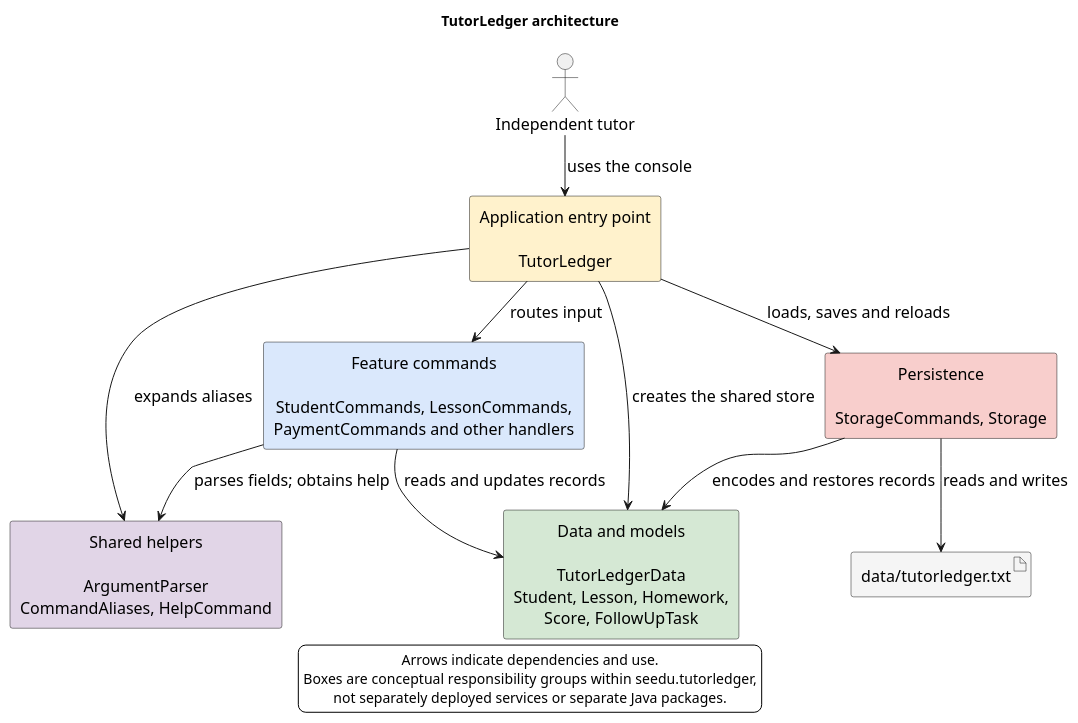
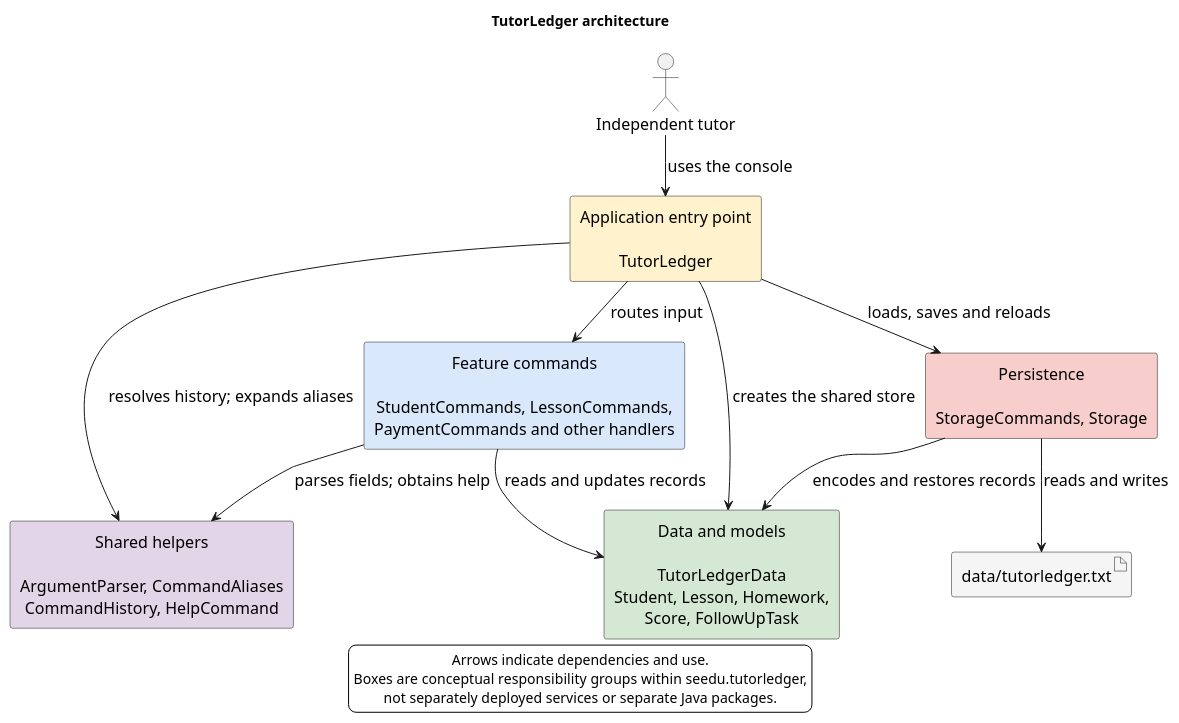
The diagram in docs/diagrams/architecture.puml (AY2627S1-CS2113-W12-2/tp), drawn with PlantUML before and after one commit. The commit also changed 15 other files, not shown here.

First line of the commit message:
Add confirmed command history to rerun queries after record updates

```diff
--- a/docs/diagrams/architecture.puml
+++ b/docs/diagrams/architecture.puml
@@ -1,41 +1,41 @@
 @startuml
 !pragma layout smetana
 title TutorLedger architecture
 
 top to bottom direction
 skinparam backgroundColor white
 skinparam componentStyle rectangle
 skinparam shadowing false
 hide circle
 hide empty members
 skinparam defaultFontName SansSerif
 skinparam defaultFontSize 16
 skinparam defaultTextAlignment center
 skinparam nodesep 45
 skinparam ranksep 55
 
 actor "Independent tutor" as Tutor
 
 component "Application entry point\n\nTutorLedger" as App #FFF2CC
 component "Feature commands\n\nStudentCommands, LessonCommands,\nPaymentCommands and other handlers" as Commands #DAE8FC
-component "Shared helpers\n\nArgumentParser\nCommandAliases, HelpCommand" as Helpers #E1D5E7
+component "Shared helpers\n\nArgumentParser, CommandAliases\nCommandHistory, HelpCommand" as Helpers #E1D5E7
 component "Data and models\n\nTutorLedgerData\nStudent, Lesson, Homework,\nScore, FollowUpTask" as Model #D5E8D4
 component "Persistence\n\nStorageCommands, Storage" as Persistence #F8CECC
 artifact "data/tutorledger.txt" as File #F5F5F5
 
 Tutor --> App : uses the console
 App --> Commands : routes input
-App --> Helpers : expands aliases
+App --> Helpers : resolves history; expands aliases
 App --> Model : creates the shared store
 App --> Persistence : loads, saves and reloads
 Commands --> Helpers : parses fields; obtains help
 Commands --> Model : reads and updates records
 Persistence --> Model : encodes and restores records
 Persistence --> File : reads and writes
 
 legend bottom
   Arrows indicate dependencies and use.
   Boxes are conceptual responsibility groups within seedu.tutorledger,
   not separately deployed services or separate Java packages.
 endlegend
 @enduml
```
